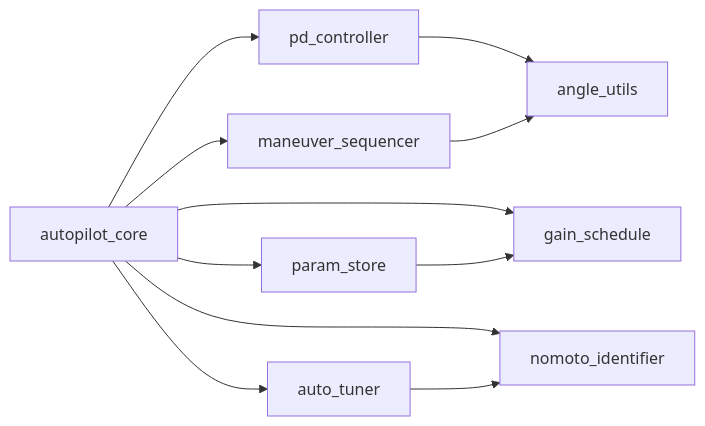
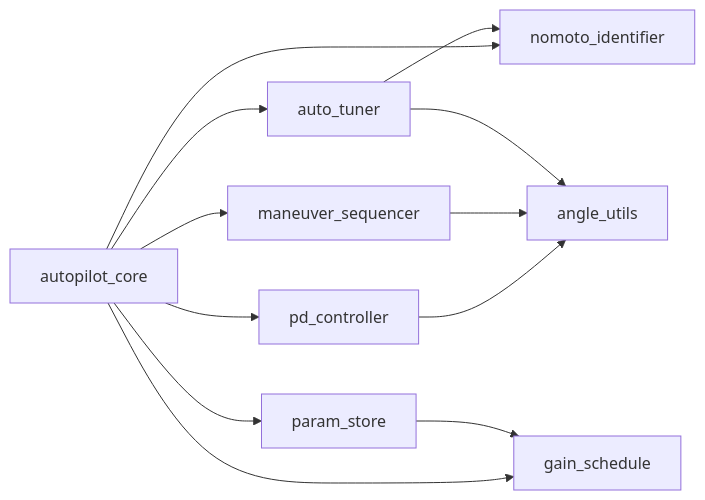
Before and after one commit to jimaka/auto_rudder: the fourth of 19 diagrams in 软件设计与架构文档.md, drawn with Mermaid. The commit also changed other lines of this file and 15 other files, not shown here.

````diff
--- a/软件设计与架构文档.md
+++ b/软件设计与架构文档.md
@@ -175,22 +228,23 @@
 ```mermaid
 graph LR
     AU["angle_utils"]
     PD["pd_controller"]
     GS["gain_schedule"]
     ID["nomoto_identifier"]
     TU["auto_tuner"]
     MS["maneuver_sequencer"]
     PS["param_store"]
     AP["autopilot_core"]
 
     AP --> PD
     AP --> GS
     AP --> ID
     AP --> TU
     AP --> MS
     AP --> PS
     PD --> AU
     MS --> AU
     TU --> ID
+    TU --> AU
     PS --> GS
 ```
````
